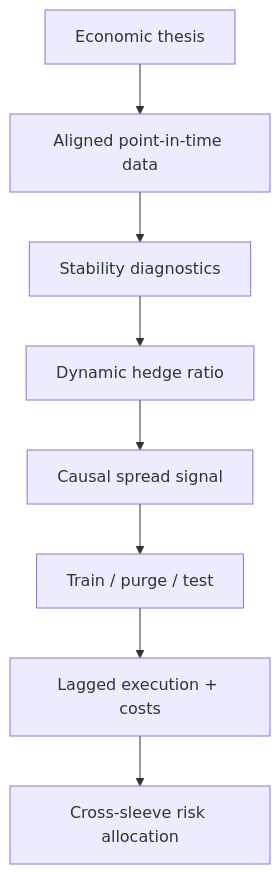
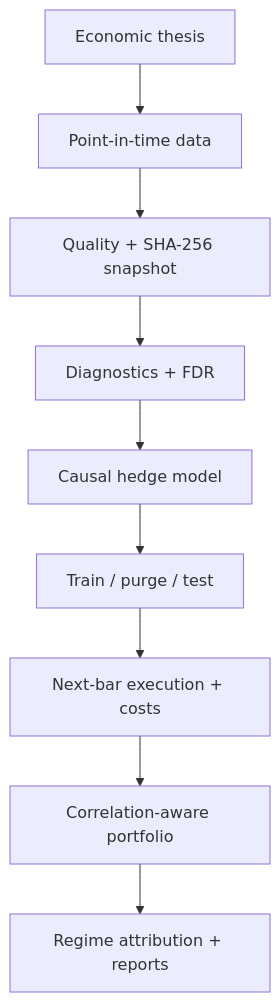
The diagram in README.md (Louisgsln/AtlasRV), drawn with Mermaid before and after one commit. The commit also changed other lines of this file and 12 other files, not shown here.

````diff
--- a/README.md
+++ b/README.md
@@ -49,10 +41,11 @@
-```mermaid
+~~~mermaid
 flowchart TD
-    A["Economic thesis"] --> B["Aligned point-in-time data"]
-    B --> C["Stability diagnostics"]
-    C --> D["Dynamic hedge ratio"]
-    D --> E["Causal spread signal"]
+    A["Economic thesis"] --> B["Point-in-time data"]
+    B --> C["Quality + SHA-256 snapshot"]
+    C --> D["Diagnostics + FDR"]
+    D --> E["Causal hedge model"]
     E --> F["Train / purge / test"]
-    F --> G["Lagged execution + costs"]
-    G --> H["Cross-sleeve risk allocation"]
-```
+    F --> G["Next-bar execution + costs"]
+    G --> H["Correlation-aware portfolio"]
+    H --> I["Regime attribution + reports"]
+~~~
````
